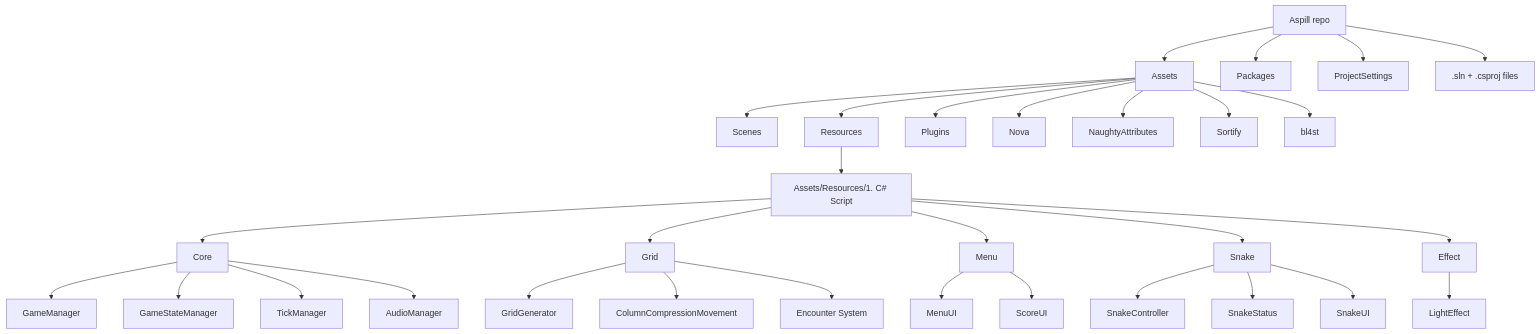
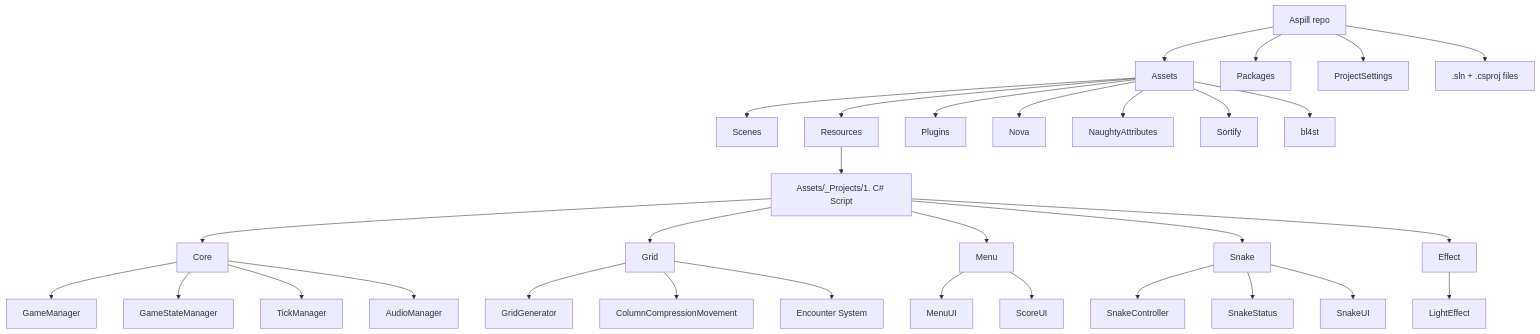
Before and after one commit to Natookie/Aspull: the diagram in README.md, drawn with Mermaid. The commit also changed 407 other files, not shown here.

````diff
--- a/README.md
+++ b/README.md
@@ -27,37 +27,37 @@
 ```mermaid
 graph TD
     Root[Aspill repo]
     Root --> Assets
     Root --> Packages
     Root --> ProjectSettings
     Root --> .sln[.sln + .csproj files]
 
     Assets --> Scenes
     Assets --> Resources
     Assets --> Plugins
     Assets --> Nova
     Assets --> NaughtyAttributes
     Assets --> Sortify
     Assets --> bl4st
 
-    Resources --> ScriptDir[Assets/Resources/1. C# Script]
+    Resources --> ScriptDir[Assets/_Projects/1. C# Script]
     ScriptDir --> Core
     ScriptDir --> Grid
     ScriptDir --> Menu
     ScriptDir --> Snake
     ScriptDir --> Effect
 
     Core --> GameManager
     Core --> GameStateManager
     Core --> TickManager
     Core --> AudioManager
     Grid --> GridGenerator
     Grid --> ColumnCompressionMovement
     Grid --> Encounter[Encounter System]
     Menu --> MenuUI
     Menu --> ScoreUI
     Snake --> SnakeController
     Snake --> SnakeStatus
     Snake --> SnakeUI
     Effect --> LightEffect
 ```
````
